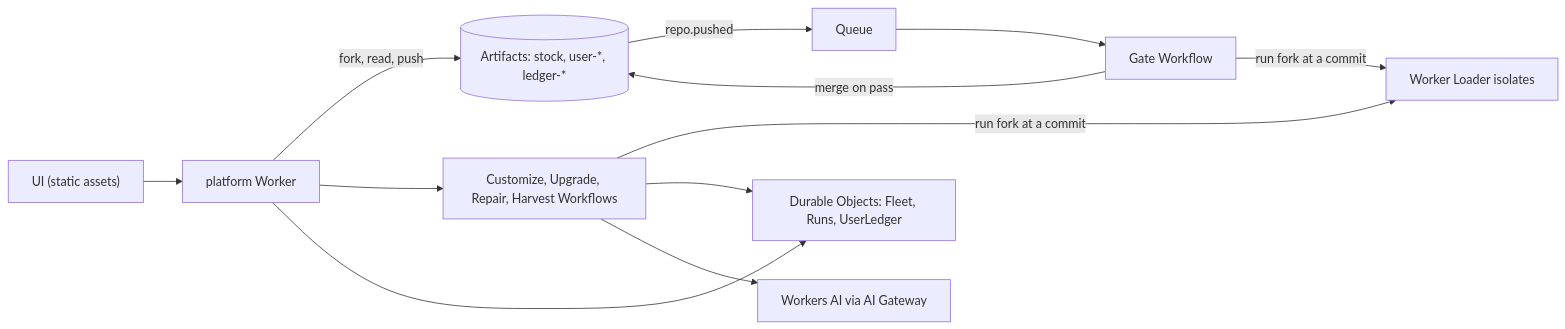
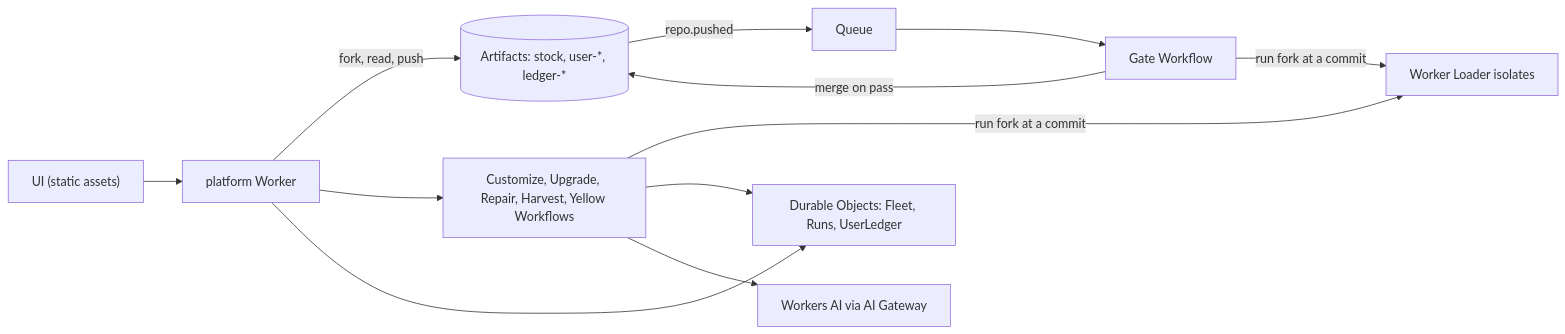
One commit to renato-umeton/fluid changed the diagram in README.md. Above: the diagram before and after it, drawn with Mermaid. The commit also changed other lines of this file, not shown here.

````diff
--- a/README.md
+++ b/README.md
@@ -29,11 +82,11 @@
 ```mermaid
 flowchart LR
   UI["UI (static assets)"] --> W["platform Worker"]
   W -- fork, read, push --> A[("Artifacts: stock, user-*, ledger-*")]
   A -- repo.pushed --> Q["Queue"] --> G["Gate Workflow"]
-  W --> WF["Customize, Upgrade, Repair, Harvest Workflows"]
+  W --> WF["Customize, Upgrade, Repair, Harvest, Yellow Workflows"]
   G & WF -- run fork at a commit --> L["Worker Loader isolates"]
   G -- merge on pass --> A
   W & WF --> DO["Durable Objects: Fleet, Runs, UserLedger"]
   WF --> AI["Workers AI via AI Gateway"]
 ```
````
